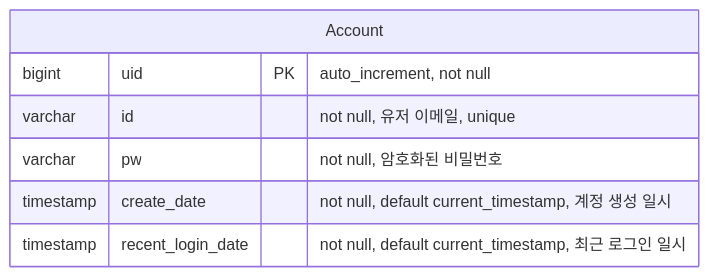
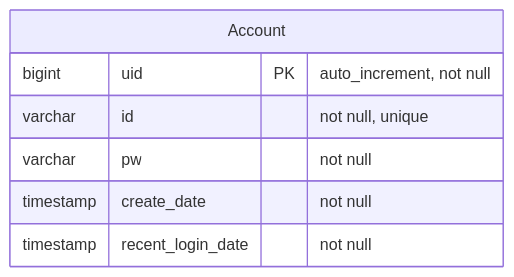
One commit to hhes0225/Pancht changed the first of 3 diagrams in ApiAccountServer/README.md. Above: the diagram before and after it, drawn with Mermaid.

````diff
--- a/ApiAccountServer/README.md
+++ b/ApiAccountServer/README.md
@@ -18,11 +18,11 @@
 ```mermaid
 erDiagram
     Account {
         bigint uid PK "auto_increment, not null"
-        varchar id "not null, 유저 이메일, unique"
-        varchar pw "not null, 암호화된 비밀번호"
-        timestamp create_date "not null, default current_timestamp, 계정 생성 일시"
-        timestamp recent_login_date "not null, default current_timestamp, 최근 로그인 일시"
+        varchar id "not null, unique"
+        varchar pw "not null"
+        timestamp create_date "not null"
+        timestamp recent_login_date "not null"
     }
 
 ```
````
